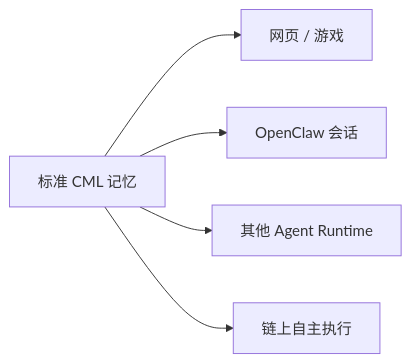
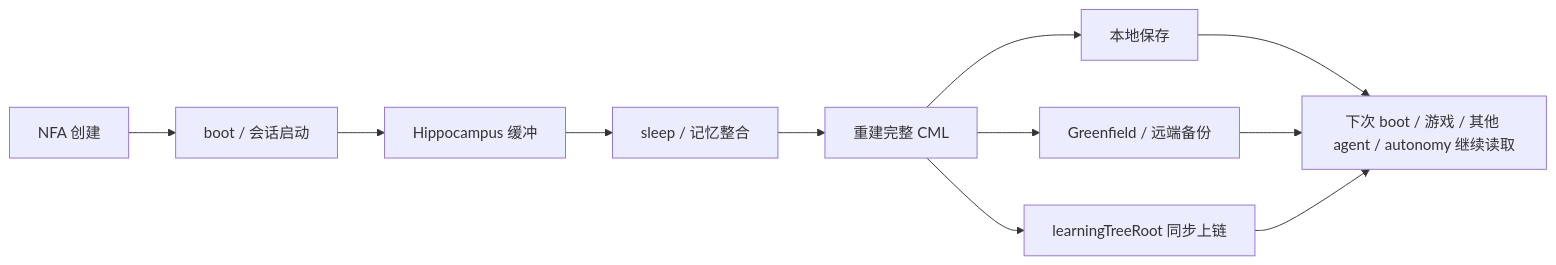
Before and after one commit to fa762/ClaworldNfa: diagram 11 of 12 in README.md, drawn with Mermaid. The commit also changed other lines of this file, not shown here.

Commit message:
docs: show CML storage flow in top README

````diff
--- a/README.md
+++ b/README.md
@@ -730,13 +745,23 @@
 ```mermaid
 flowchart LR
-    CML["标准 CML 记忆"]
-    Game["网页 / 游戏"]
-    OpenClaw["OpenClaw 会话"]
-    Agent["其他 Agent Runtime"]
-    Autonomy["链上自主执行"]
+    Mint["NFA 创建"]
+    Boot["boot / 会话启动"]
+    Buffer["Hippocampus 缓冲"]
+    Sleep["sleep / 记忆整合"]
+    Build["重建完整 CML"]
+    Local["本地保存"]
+    Remote["Greenfield / 远端备份"]
+    Root["learningTreeRoot 同步上链"]
+    Reuse["下次 boot / 游戏 / 其他 agent / autonomy 继续读取"]
 
-    CML --> Game
-    CML --> OpenClaw
-    CML --> Agent
-    CML --> Autonomy
+    Mint --> Boot
+    Boot --> Buffer
+    Buffer --> Sleep
+    Sleep --> Build
+    Build --> Local
+    Build --> Remote
+    Build --> Root
+    Local --> Reuse
+    Remote --> Reuse
+    Root --> Reuse
 ```
````
